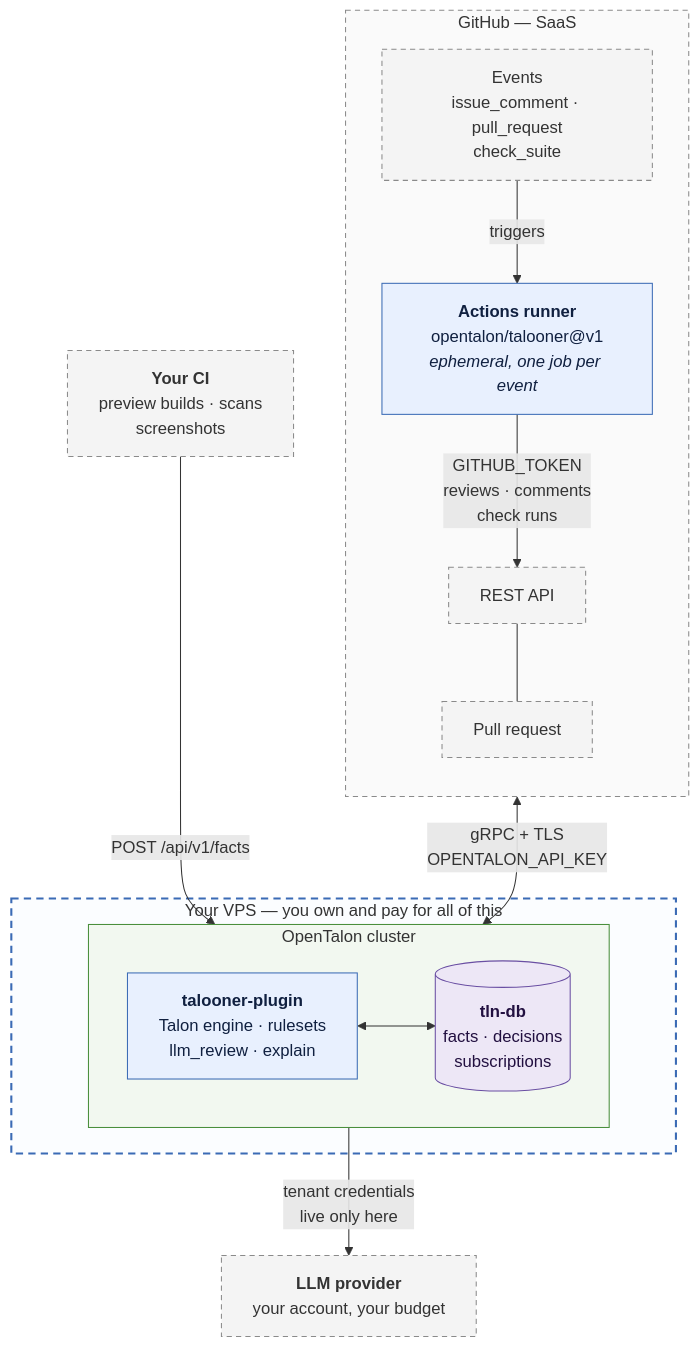
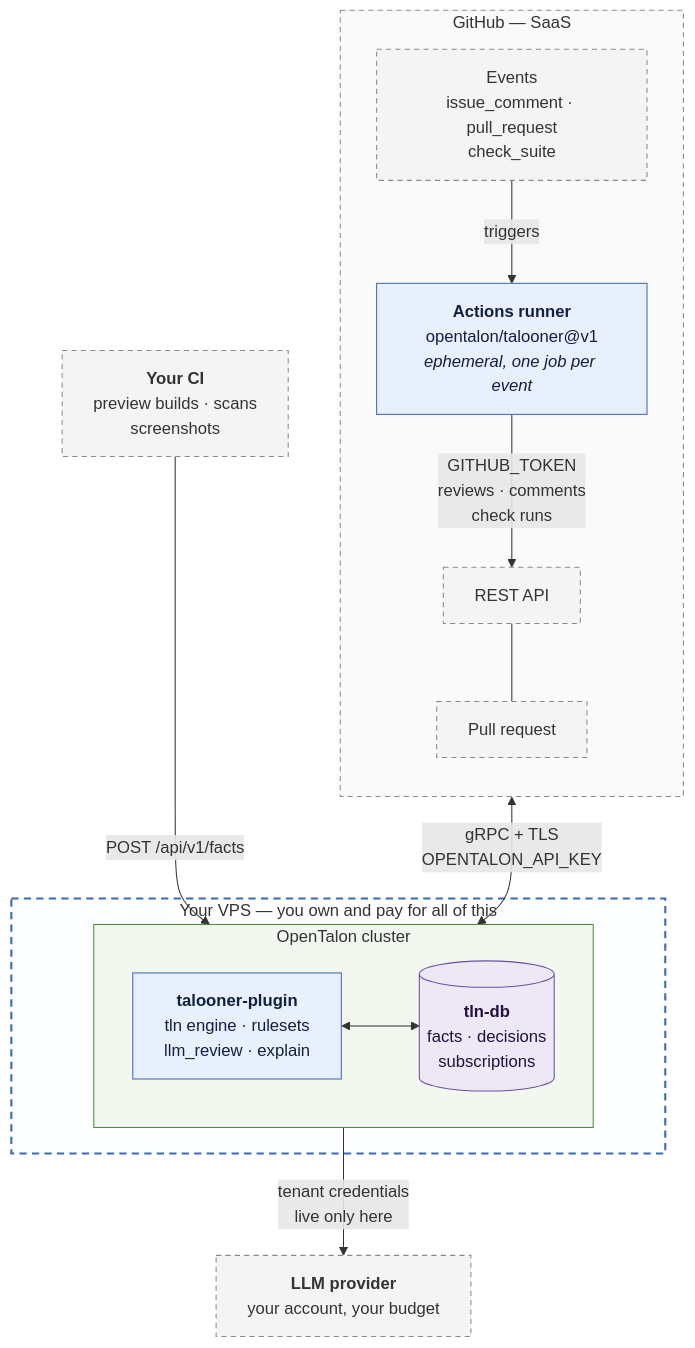
One commit to opentalon/talooner changed the second of 10 diagrams in docs/diagrams.md. Above: the diagram before and after it, drawn with Mermaid. The commit also changed other lines of this file and 3 other files, not shown here.

Commit message:
Rename Talon language references to tln, realign architecture.md ASCII diagram

````diff
--- a/docs/diagrams.md
+++ b/docs/diagrams.md
@@ -102,40 +102,40 @@
 ```mermaid
 flowchart TB
     subgraph GH["GitHub — SaaS"]
         direction TB
         EV["Events<br/>issue_comment · pull_request<br/>check_suite"]
         RUN["<b>Actions runner</b><br/>opentalon/talooner@v1<br/><i>ephemeral, one job per event</i>"]
         GAPI["REST API"]
         PR["Pull request"]
         EV -->|"triggers"| RUN
         GAPI --- PR
     end
 
     CI["<b>Your CI</b><br/>preview builds · scans<br/>screenshots"]
 
     subgraph VPS["Your VPS — you own and pay for all of this"]
         subgraph CLUSTER["OpenTalon cluster"]
             direction LR
-            PLUGIN["<b>talooner-plugin</b><br/>Talon engine · rulesets<br/>llm_review · explain"]
+            PLUGIN["<b>talooner-plugin</b><br/>tln engine · rulesets<br/>llm_review · explain"]
             DB[("<b>tln-db</b><br/>facts · decisions<br/>subscriptions")]
             PLUGIN <--> DB
         end
     end
 
     LLM["<b>LLM provider</b><br/>your account, your budget"]
 
     RUN <-->|"gRPC + TLS<br/>OPENTALON_API_KEY"| PLUGIN
     RUN -->|"GITHUB_TOKEN<br/>reviews · comments<br/>check runs"| GAPI
     CI -->|"POST /api/v1/facts"| PLUGIN
     PLUGIN -->|"tenant credentials<br/>live only here"| LLM
 
     classDef ext fill:#f4f4f4,stroke:#8a8a8a,stroke-dasharray:5 4,color:#333
     classDef own fill:#e8f0fe,stroke:#3b6bb5,color:#102040
     classDef store fill:#ede7f6,stroke:#6a4fa3,color:#221040
     class EV,GAPI,PR,LLM,CI ext
     class RUN,PLUGIN own
     class DB store
     style VPS fill:#fbfdff,stroke:#3b6bb5,stroke-width:2px,stroke-dasharray:7 5
     style CLUSTER fill:#f2f8f0,stroke:#4a8f3c
     style GH fill:#fafafa,stroke:#8a8a8a,stroke-dasharray:5 4
 ```
````
